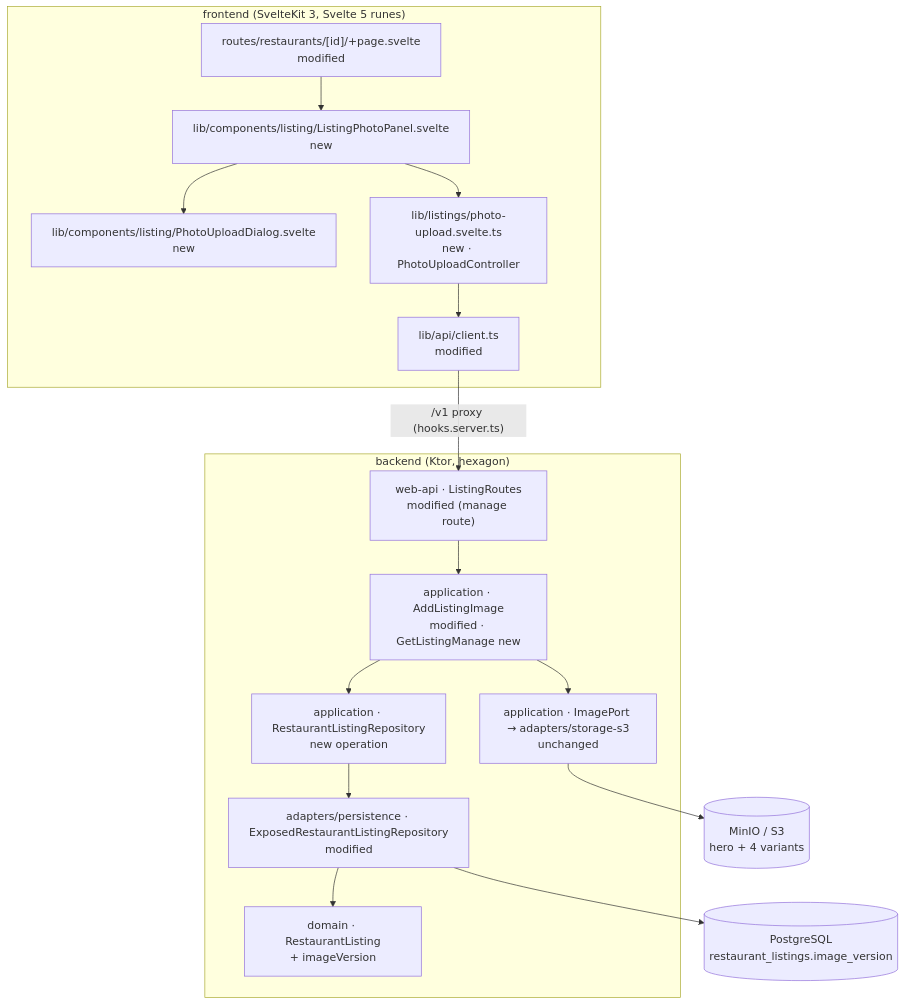
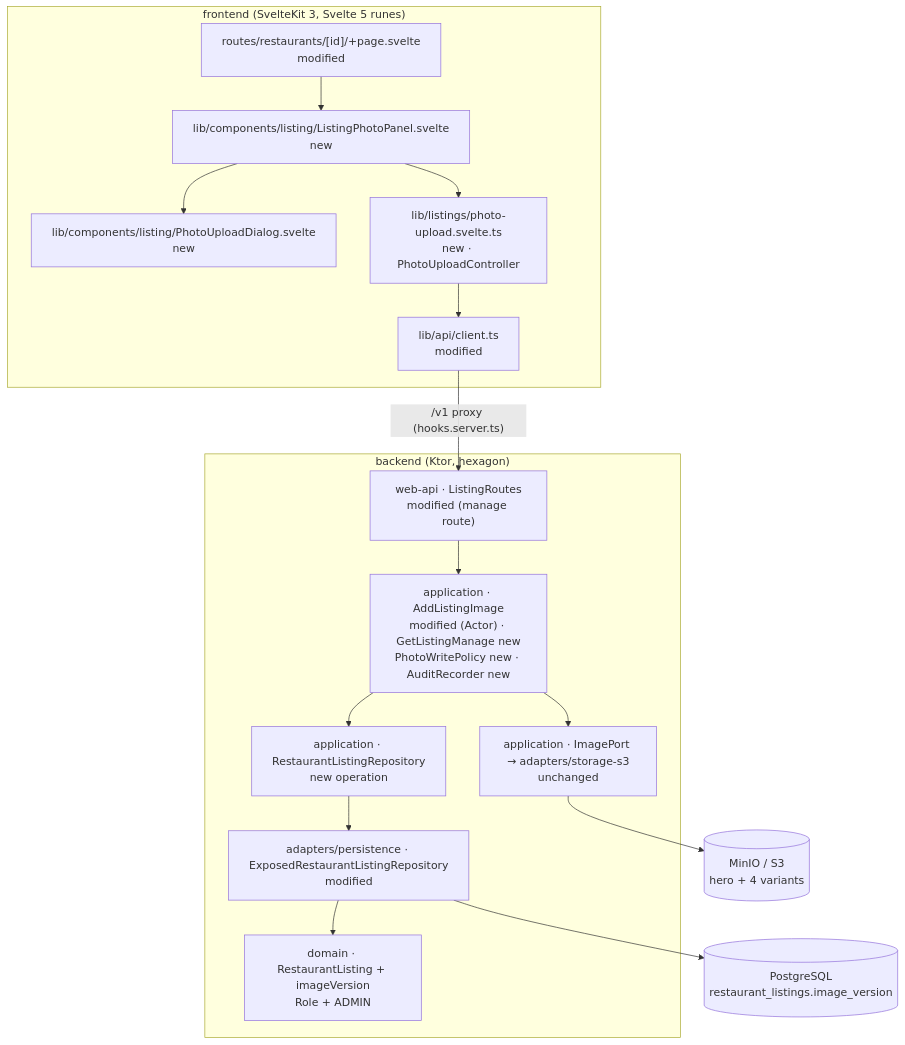
Before and after one commit to Losers-Lab/tahirs-list: the diagram in docs/features/SC-205/07-class-diagram-complete.md, drawn with Mermaid. The commit also changed other lines of this file and 8 other files, not shown here.

````diff
--- a/docs/features/SC-205/07-class-diagram-complete.md
+++ b/docs/features/SC-205/07-class-diagram-complete.md
@@ -7,27 +7,27 @@
 ```mermaid
 flowchart TB
   subgraph FE["frontend (SvelteKit 3, Svelte 5 runes)"]
     R["routes/restaurants/[id]/+page.svelte<br/>modified"]
     PP["lib/components/listing/ListingPhotoPanel.svelte<br/>new"]
     PD["lib/components/listing/PhotoUploadDialog.svelte<br/>new"]
     PC["lib/listings/photo-upload.svelte.ts<br/>new · PhotoUploadController"]
     AC["lib/api/client.ts<br/>modified"]
   end
   subgraph BE["backend (Ktor, hexagon)"]
     ROUTE["web-api · ListingRoutes<br/>modified (manage route)"]
-    APP["application · AddListingImage<br/>modified · GetListingManage new"]
+    APP["application · AddListingImage<br/>modified (Actor) · GetListingManage new<br/>PhotoWritePolicy new · AuditRecorder new"]
     PORT["application · RestaurantListingRepository<br/>new operation"]
     PERS["adapters/persistence · ExposedRestaurantListingRepository<br/>modified"]
     STOR["application · ImagePort → adapters/storage-s3<br/>unchanged"]
-    DOM["domain · RestaurantListing<br/>+ imageVersion"]
+    DOM["domain · RestaurantListing + imageVersion<br/>Role + ADMIN"]
   end
   DB[("PostgreSQL<br/>restaurant_listings.image_version")]
   S3[("MinIO / S3<br/>hero + 4 variants")]
 
   R --> PP --> PD
   PP --> PC --> AC
   AC -->|"/v1 proxy (hooks.server.ts)"| ROUTE
   ROUTE --> APP --> PORT --> PERS --> DB
   APP --> STOR --> S3
   PERS --> DOM
 ```
````
